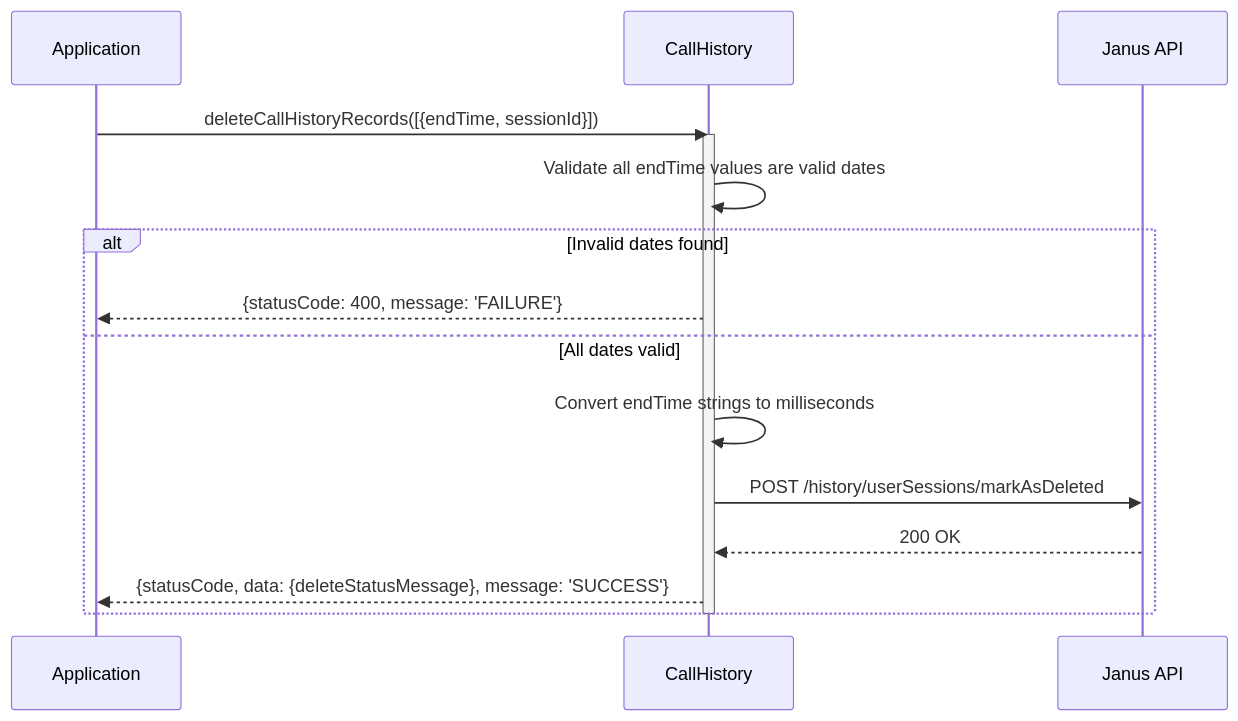
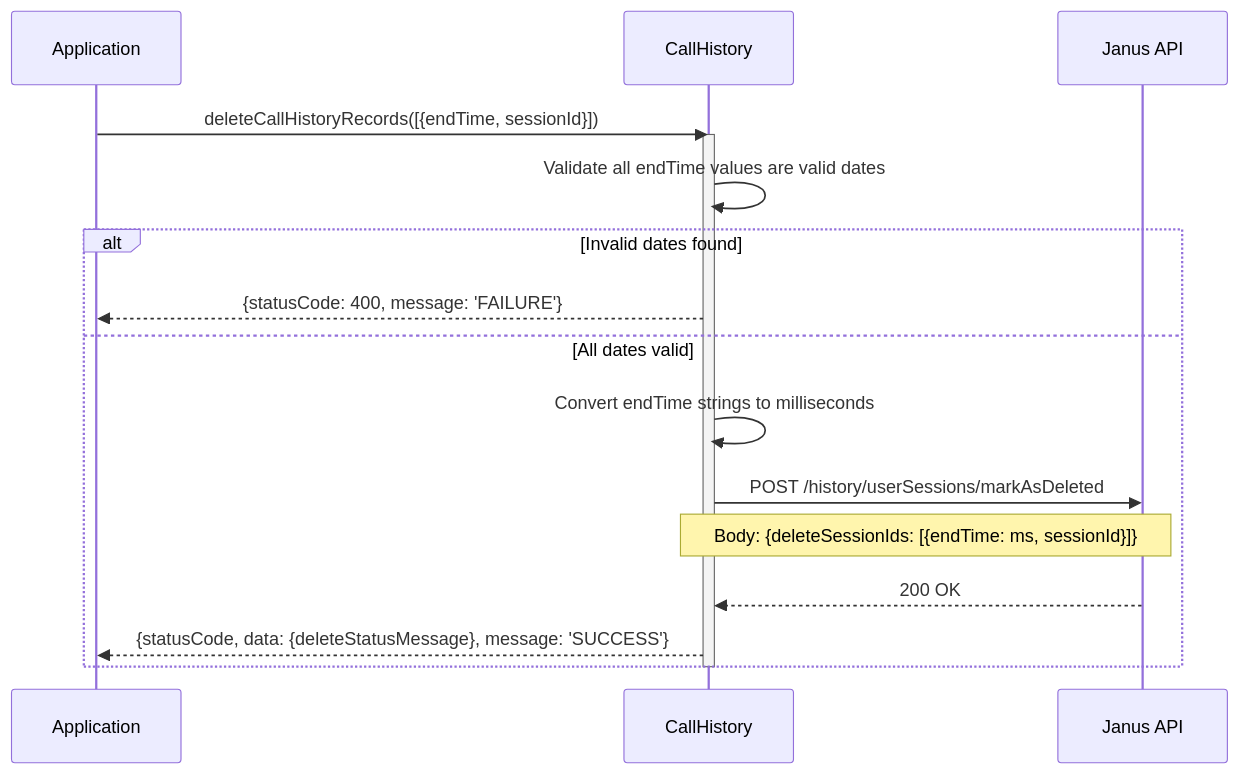
One commit to webex/webex-js-sdk changed the fifth of 6 diagrams in packages/calling/src/CallHistory/ai-docs/ARCHITECTURE.md. Above: the diagram before and after it, drawn with Mermaid. The commit also changed other lines of this file and 1 other file, not shown here.

````diff
--- a/packages/calling/src/CallHistory/ai-docs/ARCHITECTURE.md
+++ b/packages/calling/src/CallHistory/ai-docs/ARCHITECTURE.md
@@ -151,22 +156,23 @@
 ```mermaid
 sequenceDiagram
     participant App as Application
     participant CH as CallHistory
     participant Janus as Janus API
 
     App->>CH: deleteCallHistoryRecords([{endTime, sessionId}])
     activate CH
 
     CH->>CH: Validate all endTime values are valid dates
 
     alt Invalid dates found
         CH-->>App: {statusCode: 400, message: 'FAILURE'}
     else All dates valid
         CH->>CH: Convert endTime strings to milliseconds
         CH->>Janus: POST /history/userSessions/markAsDeleted
+        Note over CH,Janus: Body: {deleteSessionIds: [{endTime: ms, sessionId}]}
         Janus-->>CH: 200 OK
         CH-->>App: {statusCode, data: {deleteStatusMessage}, message: 'SUCCESS'}
     end
 
     deactivate CH
 ```
````
